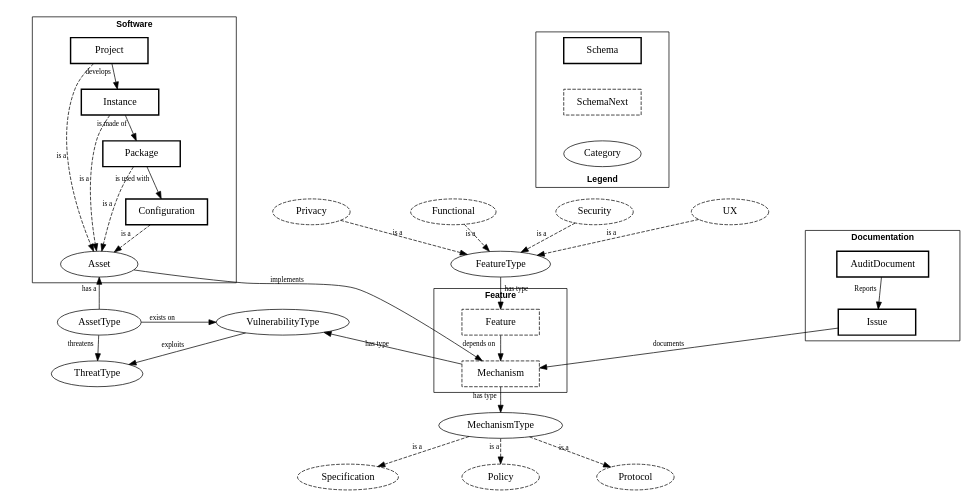
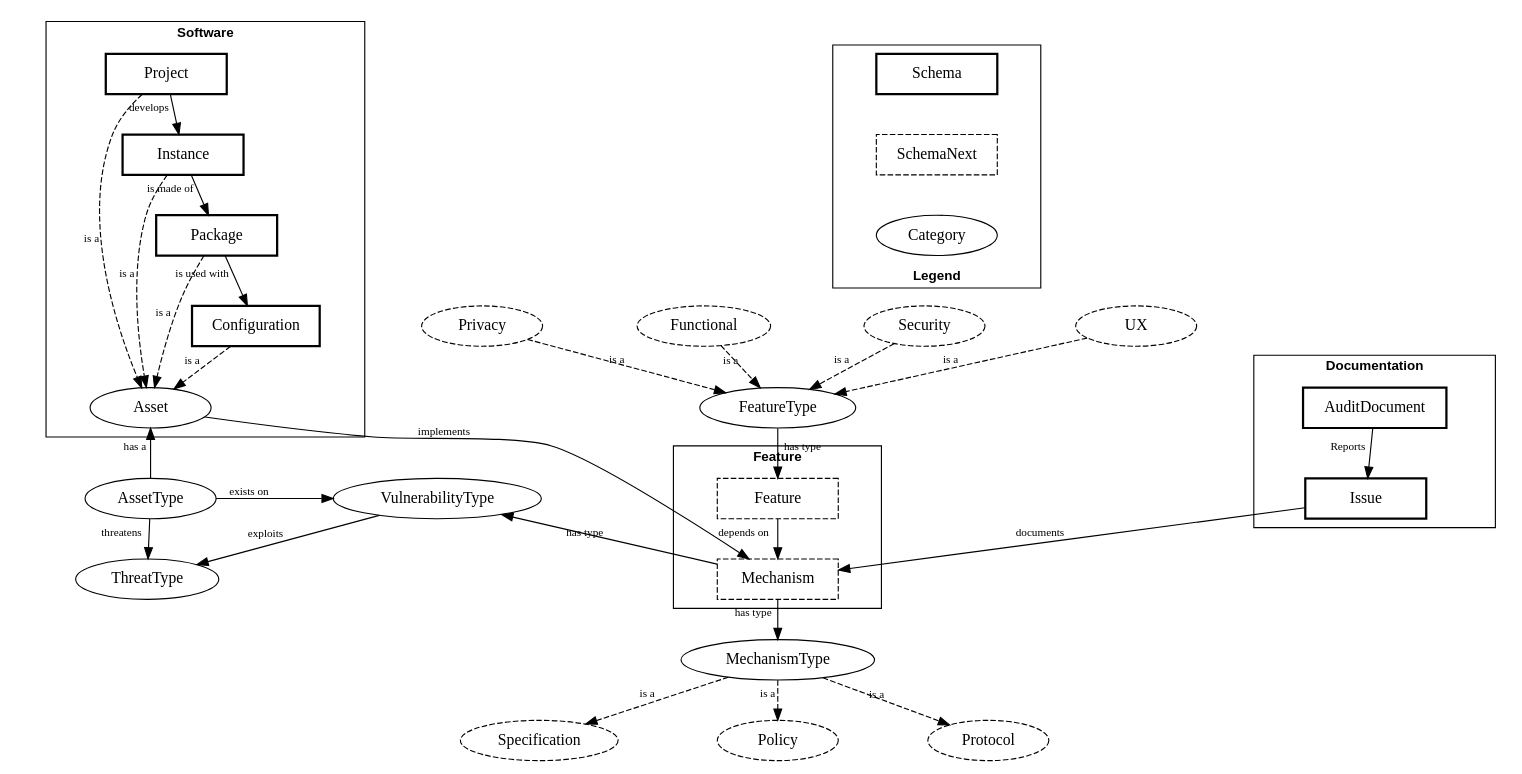
Before and after one commit to joelanders/OII-schema: the third of 3 diagrams in security-privacy-schema.md, drawn with PlantUML. The commit also changed other lines of this file and 2 other files, not shown here.

```diff
--- a/security-privacy-schema.md
+++ b/security-privacy-schema.md
@@ -212,7 +318,7 @@
 digraph openintegrityschema {
   # rankdir=LR;
   ratio="0.5";
-  size="12,12"
+  # size="12,12"
   clusterMode="global";
   edge [fontsize="10.0" labeldistance="20" labelangle="30"];
  	node [shape = "circle"];
```
